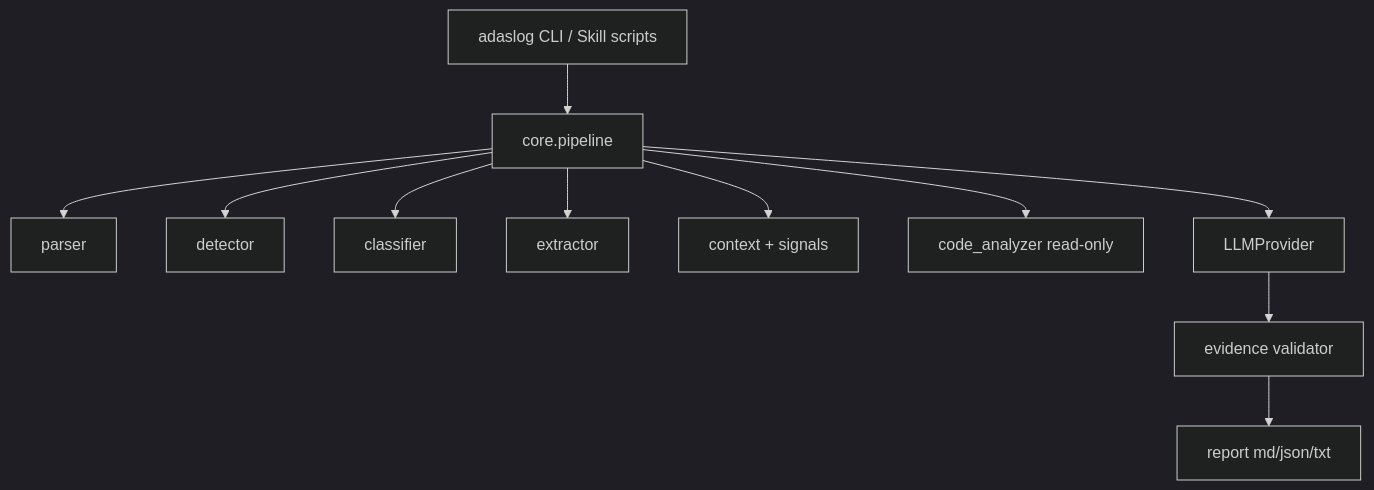
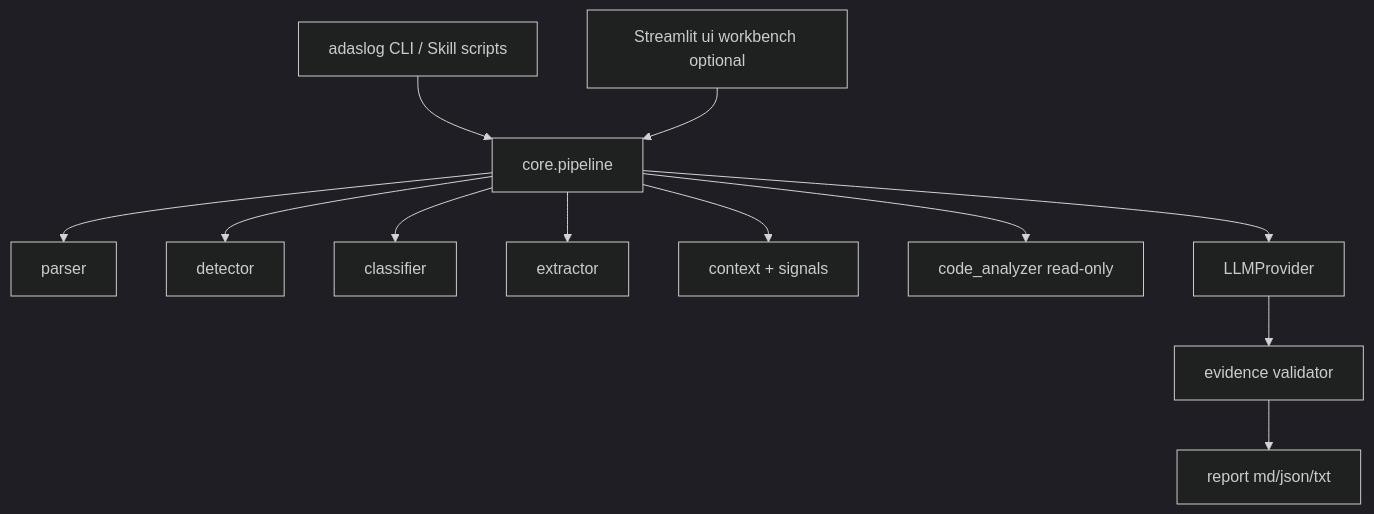
Before and after one commit to yuyuSige/carlogDeteor: the diagram in docs/design.md, drawn with Mermaid (dark theme). The commit also changed other lines of this file and 12 other files, not shown here.

````diff
--- a/docs/design.md
+++ b/docs/design.md
@@ -5,13 +5,16 @@
 ```mermaid
 flowchart TB
-    CLI[adaslog CLI / Skill scripts] --> P[core.pipeline]
+    CLI[adaslog CLI / Skill scripts]
+    UI[Streamlit ui workbench optional]
+    CLI --> P[core.pipeline]
+    UI --> P
     P --> PAR[parser]
     P --> DET[detector]
     P --> CLF[classifier]
     P --> EXT[extractor]
     P --> CTX[context + signals]
     P --> CODE[code_analyzer read-only]
     P --> LLM[LLMProvider]
     LLM --> VAL[evidence validator]
     VAL --> RPT[report md/json/txt]
 ```
````
